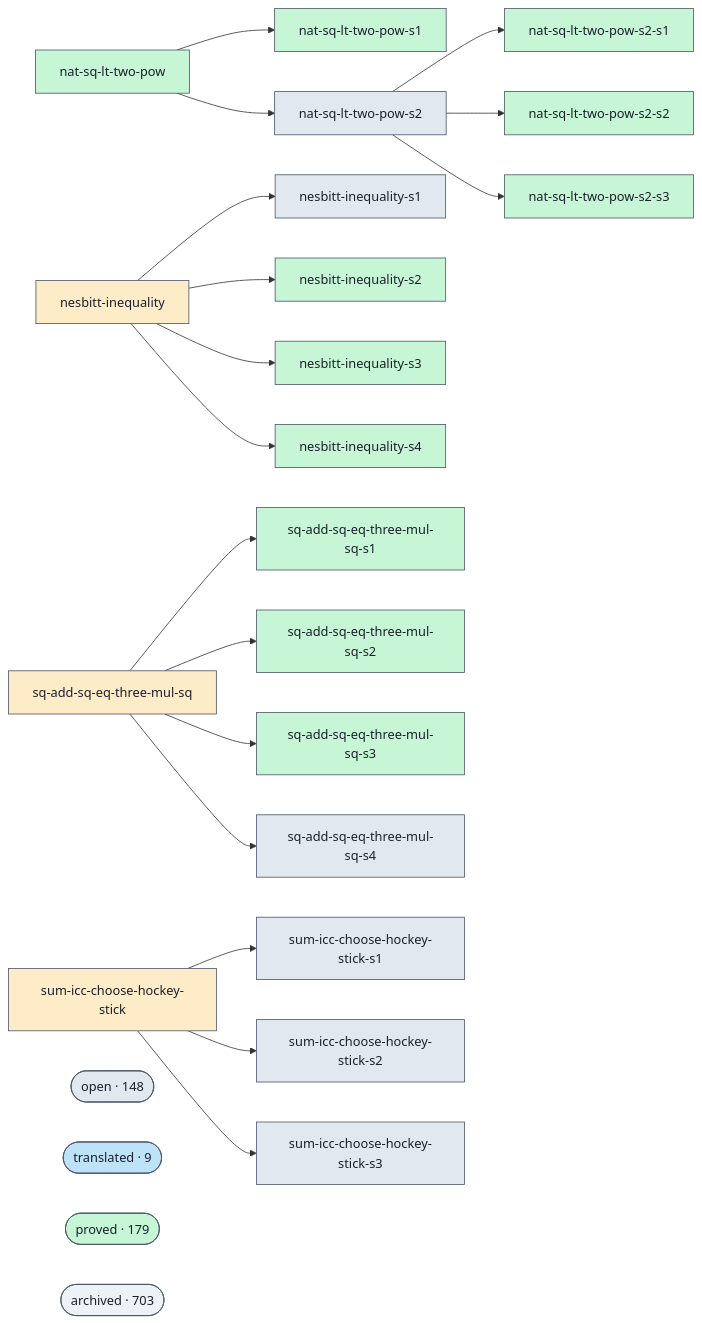
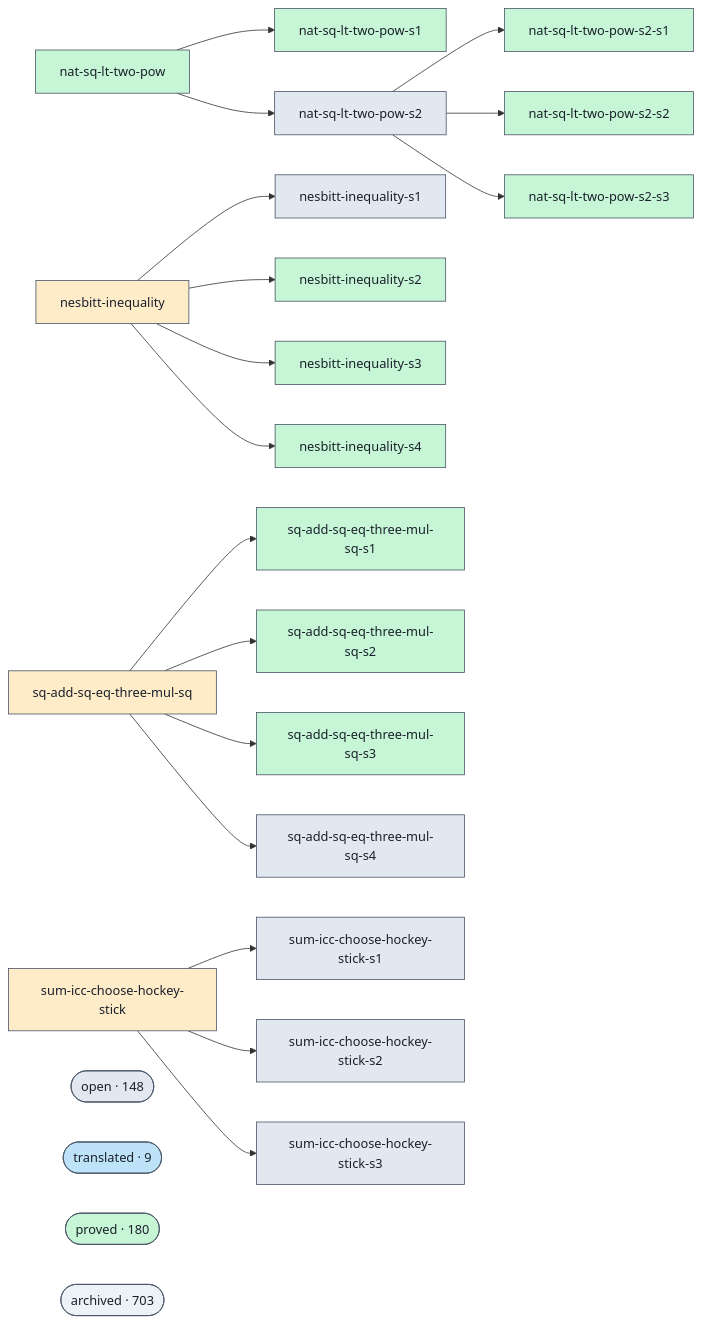
One commit to ohdearquant/unsorry changed the diagram in docs/proofs-contributors-visualisation.md. Above: the diagram before and after it, drawn with Mermaid. The commit also changed other lines of this file and 2 other files, not shown here.

```diff
--- a/docs/proofs-contributors-visualisation.md
+++ b/docs/proofs-contributors-visualisation.md
@@ -102,7 +102,7 @@
   class cluster_open open;
   cluster_translated(["translated · 9"])
   class cluster_translated translated;
-  cluster_proved(["proved · 179"])
+  cluster_proved(["proved · 180"])
   class cluster_proved proved;
   cluster_archived(["archived · 703"])
   class cluster_archived unknown;
```
